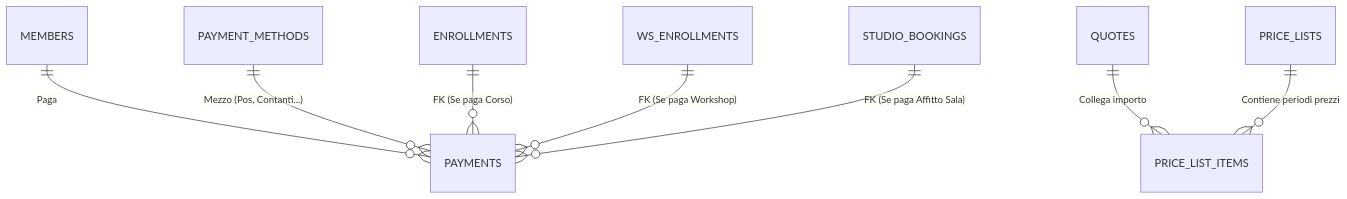
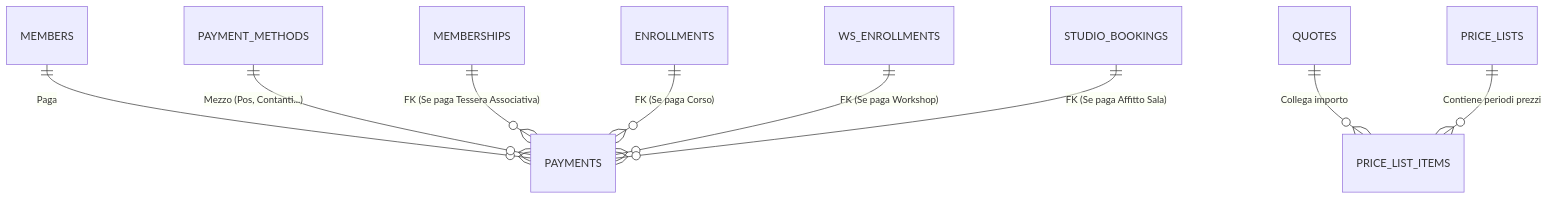
One commit to ago-debug/stargem-gae changed the third of 3 diagrams in _GAE_SVILUPPO/attuale/1_database_map_now.md. Above: the diagram before and after it, drawn with Mermaid. The commit also changed other lines of this file and 66 other files, not shown here.

````diff
--- a/_GAE_SVILUPPO/attuale/1_database_map_now.md
+++ b/_GAE_SVILUPPO/attuale/1_database_map_now.md
@@ -140,15 +144,16 @@
 ```mermaid
 erDiagram
     MEMBERS ||--o{ PAYMENTS : "Paga"
     PAYMENT_METHODS ||--o{ PAYMENTS : "Mezzo (Pos, Contanti...)"
     
     %% Le Foreign Keys Opzionali sui Pagamenti:
+    MEMBERSHIPS ||--o{ PAYMENTS : "FK (Se paga Tessera Associativa)"
     ENROLLMENTS ||--o{ PAYMENTS : "FK (Se paga Corso)"
     WS_ENROLLMENTS ||--o{ PAYMENTS : "FK (Se paga Workshop)"
     STUDIO_BOOKINGS ||--o{ PAYMENTS : "FK (Se paga Affitto Sala)"
     %% ...e così via per altri 8 tipi di attività!
     
     %% Definizione Prezzi
     QUOTES ||--o{ PRICE_LIST_ITEMS : "Collega importo"
     PRICE_LISTS ||--o{ PRICE_LIST_ITEMS : "Contiene periodi prezzi"
 ```
````
